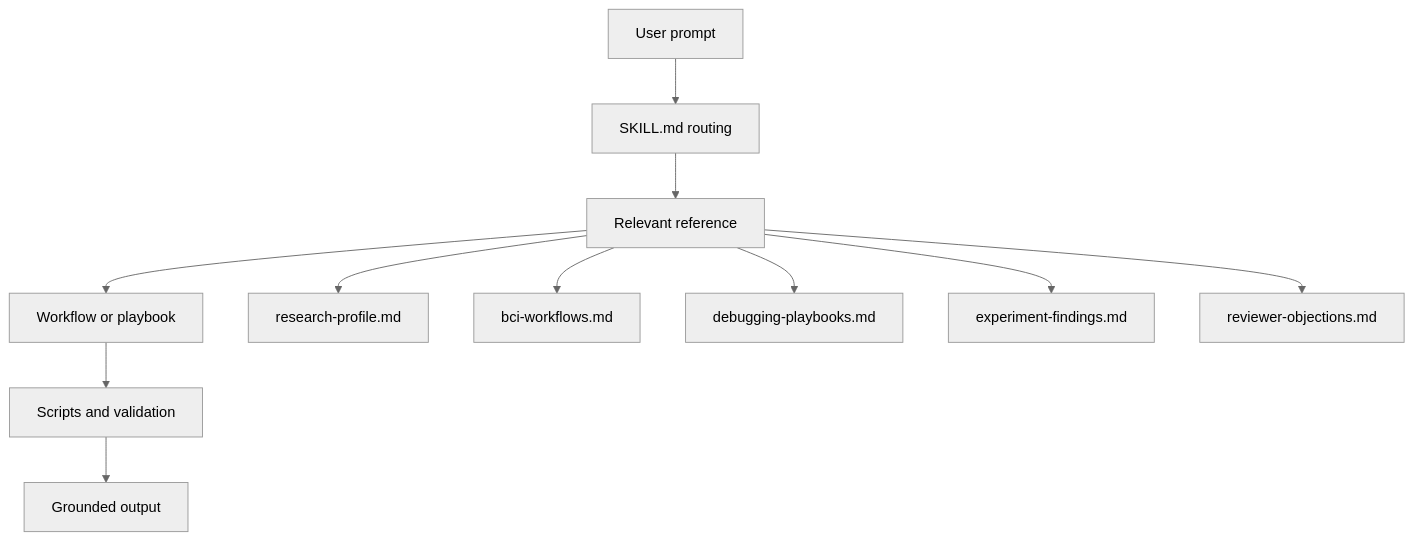
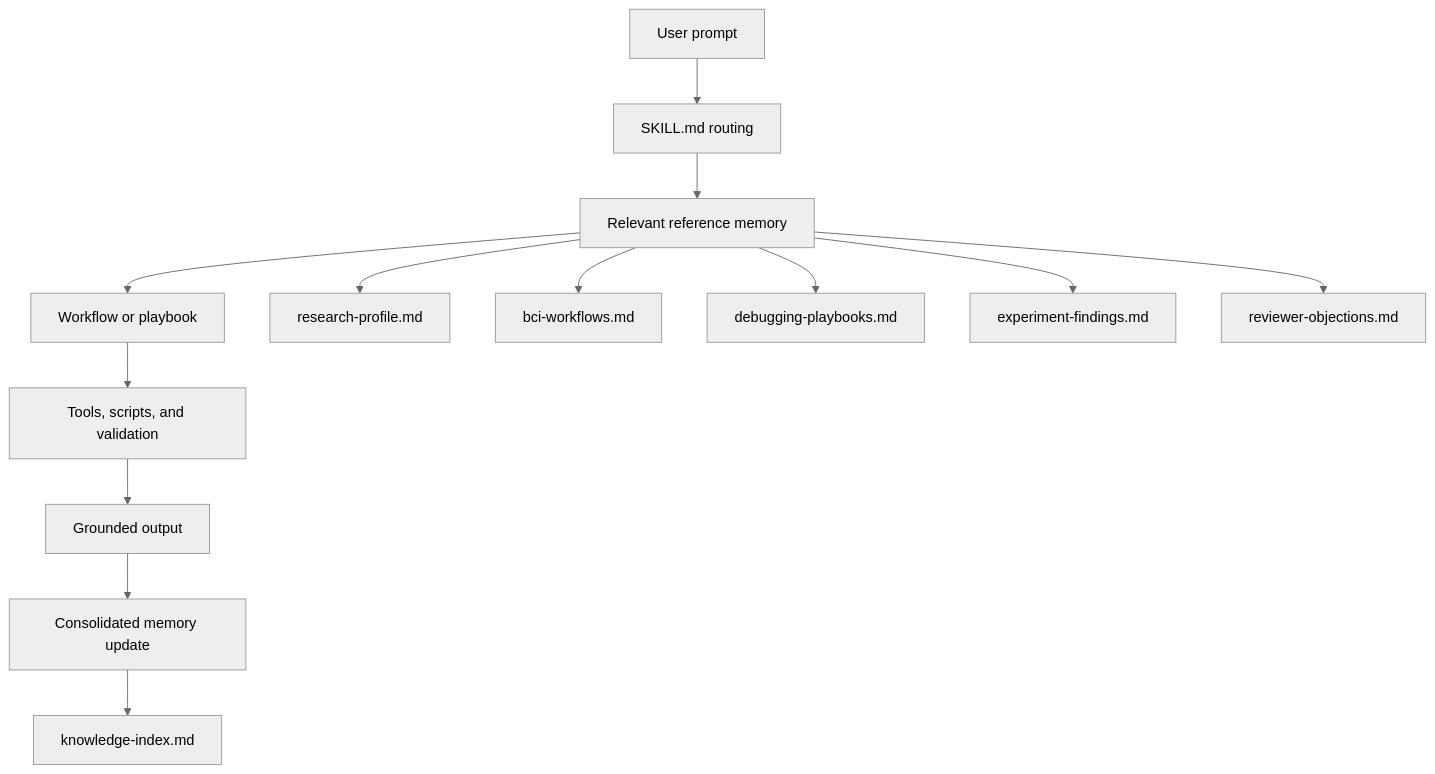
Before and after one commit to dongyangli-del/NeuroFlow-Agent: the third of 3 diagrams in README.md, drawn with Mermaid (neutral theme). The commit also changed other lines of this file and 5 other files, not shown here.

````diff
--- a/README.md
+++ b/README.md
@@ -99,14 +134,16 @@
 ```mermaid
 flowchart TD
     P[User prompt] --> S[SKILL.md routing]
-    S --> R[Relevant reference]
+    S --> R[Relevant reference memory]
     R --> W[Workflow or playbook]
-    W --> T[Scripts and validation]
+    W --> T[Tools, scripts, and validation]
     T --> O[Grounded output]
+    O --> U[Consolidated memory update]
+    U --> I[knowledge-index.md]
 
     R --> RP[research-profile.md]
     R --> BW[bci-workflows.md]
     R --> DP[debugging-playbooks.md]
     R --> EF[experiment-findings.md]
     R --> RO[reviewer-objections.md]
 ```
````
